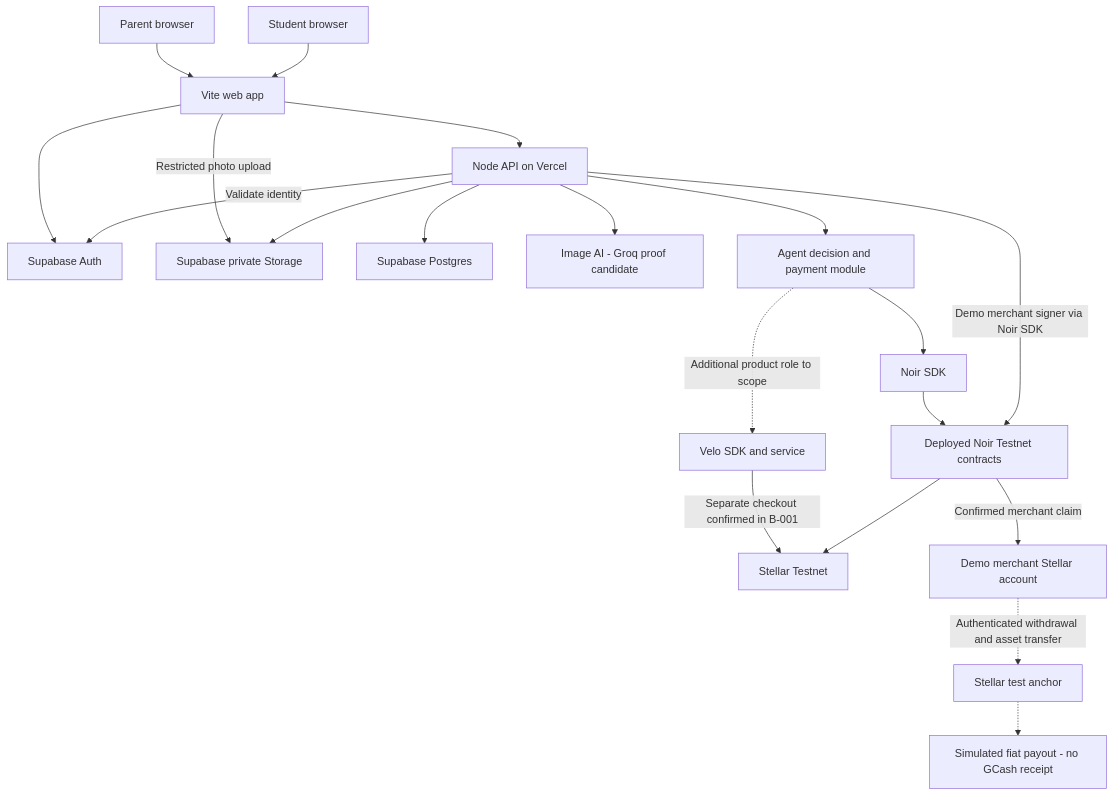
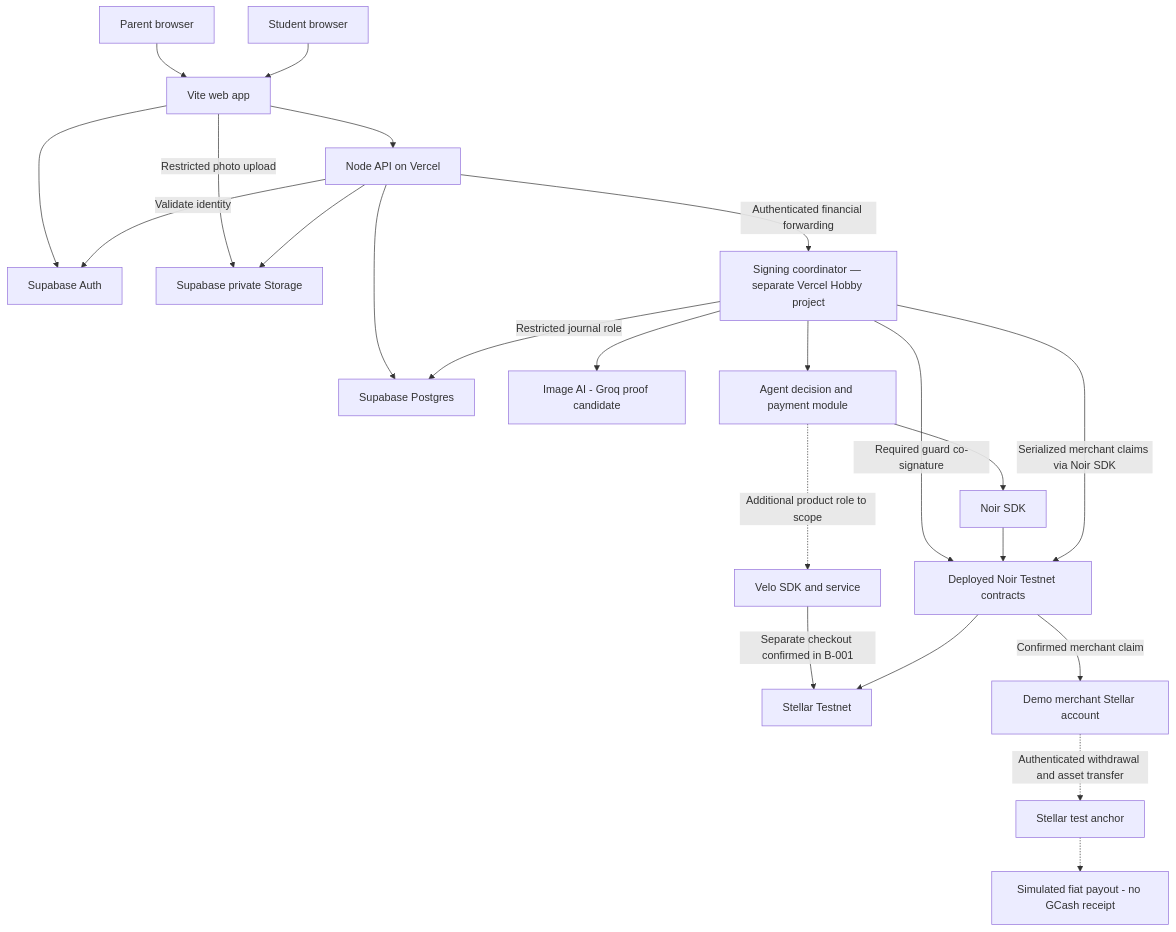
Before and after one commit to DiceTL/PadalaPocket: the second of 4 diagrams in docs/architecture.md, drawn with Mermaid. The commit also changed other lines of this file and 14 other files, not shown here.

````diff
--- a/docs/architecture.md
+++ b/docs/architecture.md
@@ -65,22 +65,25 @@
 ```mermaid
 flowchart TD
     Parent["Parent browser"] --> Web["Vite web app"]
     Student["Student browser"] --> Web
     Web --> Auth["Supabase Auth"]
     Web --> API["Node API on Vercel"]
     Web -->|"Restricted photo upload"| Storage["Supabase private Storage"]
     API -->|"Validate identity"| Auth
     API --> DB["Supabase Postgres"]
     API --> Storage
-    API --> AI["Image AI - Groq proof candidate"]
-    API --> Agent["Agent decision and payment module"]
+    Coordinator --> AI["Image AI - Groq proof candidate"]
+    Coordinator --> Agent["Agent decision and payment module"]
+    API -->|"Authenticated financial forwarding"| Coordinator["Signing coordinator — separate Vercel Hobby project"]
+    Coordinator -->|"Restricted journal role"| DB
+    Coordinator -->|"Required guard co-signature"| Contracts
     Agent --> NoirSDK["Noir SDK"]
     NoirSDK --> Contracts["Deployed Noir Testnet contracts"]
     Agent -.->|"Additional product role to scope"| Velo["Velo SDK and service"]
     Velo -->|"Separate checkout confirmed in B-001"| Ledger["Stellar Testnet"]
     Contracts --> Ledger
-    API -->|"Demo merchant signer via Noir SDK"| Contracts
+    Coordinator -->|"Serialized merchant claims via Noir SDK"| Contracts
     Contracts -->|"Confirmed merchant claim"| Merchant["Demo merchant Stellar account"]
     Merchant -.->|"Authenticated withdrawal and asset transfer"| Anchor["Stellar test anchor"]
     Anchor -.-> Fiat["Simulated fiat payout - no GCash receipt"]
 ```
````
